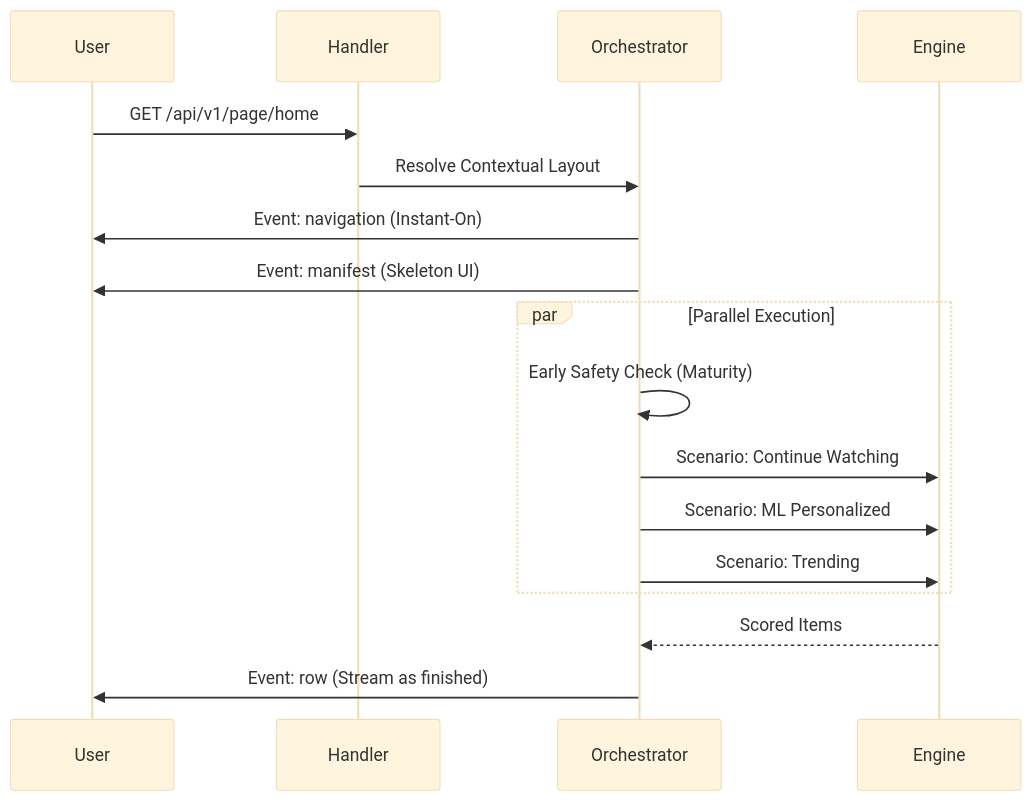
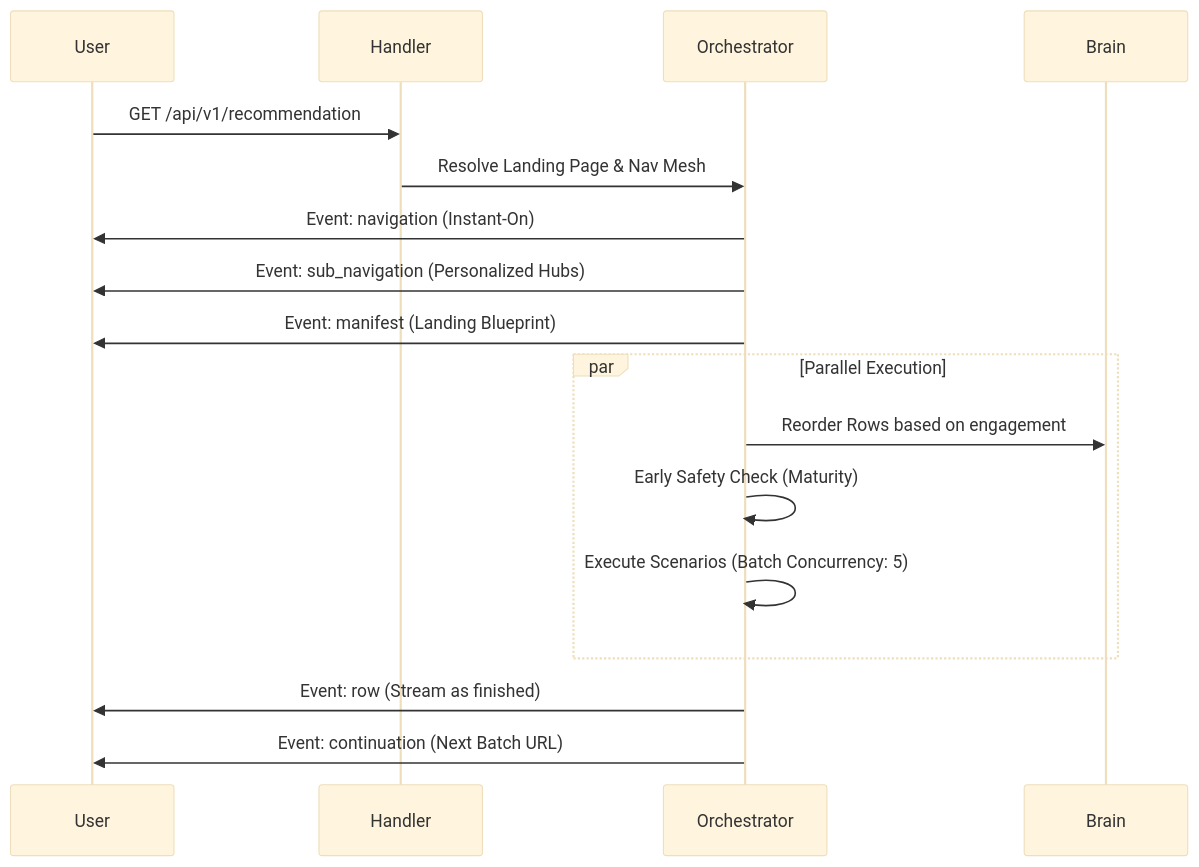
One commit to adiozdaniel/bongas-ai changed the diagram in src/api/v1/recommendations/README.md. Above: the diagram before and after it, drawn with Mermaid (base theme). The commit also changed other lines of this file and 5 other files, not shown here.

````diff
--- a/src/api/v1/recommendations/README.md
+++ b/src/api/v1/recommendations/README.md
@@ -13,22 +13,22 @@
 ```mermaid
 sequenceDiagram
     participant User
     participant Handler
     participant Orchestrator
-    participant Engine
+    participant Brain
     
-    User->>Handler: GET /api/v1/page/home
-    Handler->>Orchestrator: Resolve Contextual Layout
+    User->>Handler: GET /api/v1/recommendation
+    Handler->>Orchestrator: Resolve Landing Page & Nav Mesh
     Orchestrator->>User: Event: navigation (Instant-On)
-    Orchestrator->>User: Event: manifest (Skeleton UI)
+    Orchestrator->>User: Event: sub_navigation (Personalized Hubs)
+    Orchestrator->>User: Event: manifest (Landing Blueprint)
     
     par Parallel Execution
+        Orchestrator->>Brain: Reorder Rows based on engagement
         Orchestrator->>Orchestrator: Early Safety Check (Maturity)
-        Orchestrator->>Engine: Scenario: Continue Watching
-        Orchestrator->>Engine: Scenario: ML Personalized
-        Orchestrator->>Engine: Scenario: Trending
+        Orchestrator->>Orchestrator: Execute Scenarios (Batch Concurrency: 5)
     end
 
-    Engine-->>Orchestrator: Scored Items
     Orchestrator->>User: Event: row (Stream as finished)
+    Orchestrator->>User: Event: continuation (Next Batch URL)
 ```
````
